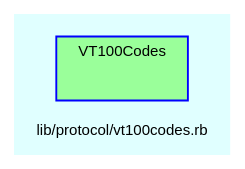
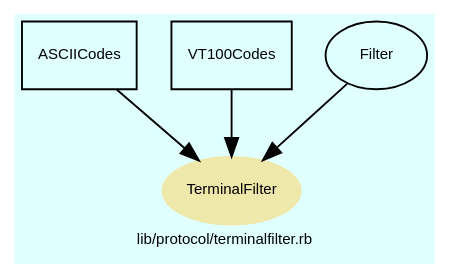
Before and after one commit to Tyche/teensymud: the diagram in doc/dot/f_26.dot, drawn with Graphviz. The commit also changed 233 other files, not shown here.

```diff
--- a/doc/dot/f_26.dot
+++ b/doc/dot/f_26.dot
@@ -1,29 +1,51 @@
 digraph TopLevel {
     compound = true
     bgcolor = lightcyan1
     fontname = Arial
     fontsize = 8
-    label = "lib/protocol/vt100codes.rb"
+    label = "lib/protocol/terminalfilter.rb"
     node [
         fontname = Arial,
         fontsize = 8,
         color = black
     ]
 
-    subgraph cluster_VT100Codes {
-        fillcolor = palegreen1
-        URL = "classes/VT100Codes.html"
-        fontname = Arial
-        color = blue
+    TerminalFilter [
+        fontcolor = black,
+        URL = "classes/TerminalFilter.html",
+        shape = ellipse,
+        color = palegoldenrod,
+        style = filled,
+        label = "TerminalFilter"
+    ]
+
+    ASCIICodes [
+        URL = "classes/ASCIICodes.html",
+        shape = box,
+        label = "ASCIICodes"
+    ]
+
+    ASCIICodes -> TerminalFilter [
+
+    ]
+
+    VT100Codes [
+        URL = "classes/VT100Codes.html",
+        shape = box,
         label = "VT100Codes"
-        style = filled
-        VT100Codes [
-            shape = plaintext,
-            height = 0.01,
-            width = 0.75,
-            label = ""
-        ]
+    ]
 
-    }
+    VT100Codes -> TerminalFilter [
+
+    ]
+
+    Filter [
+        URL = "classes/Filter.html",
+        label = "Filter"
+    ]
+
+    Filter -> TerminalFilter [
+
+    ]
 
 }
```
